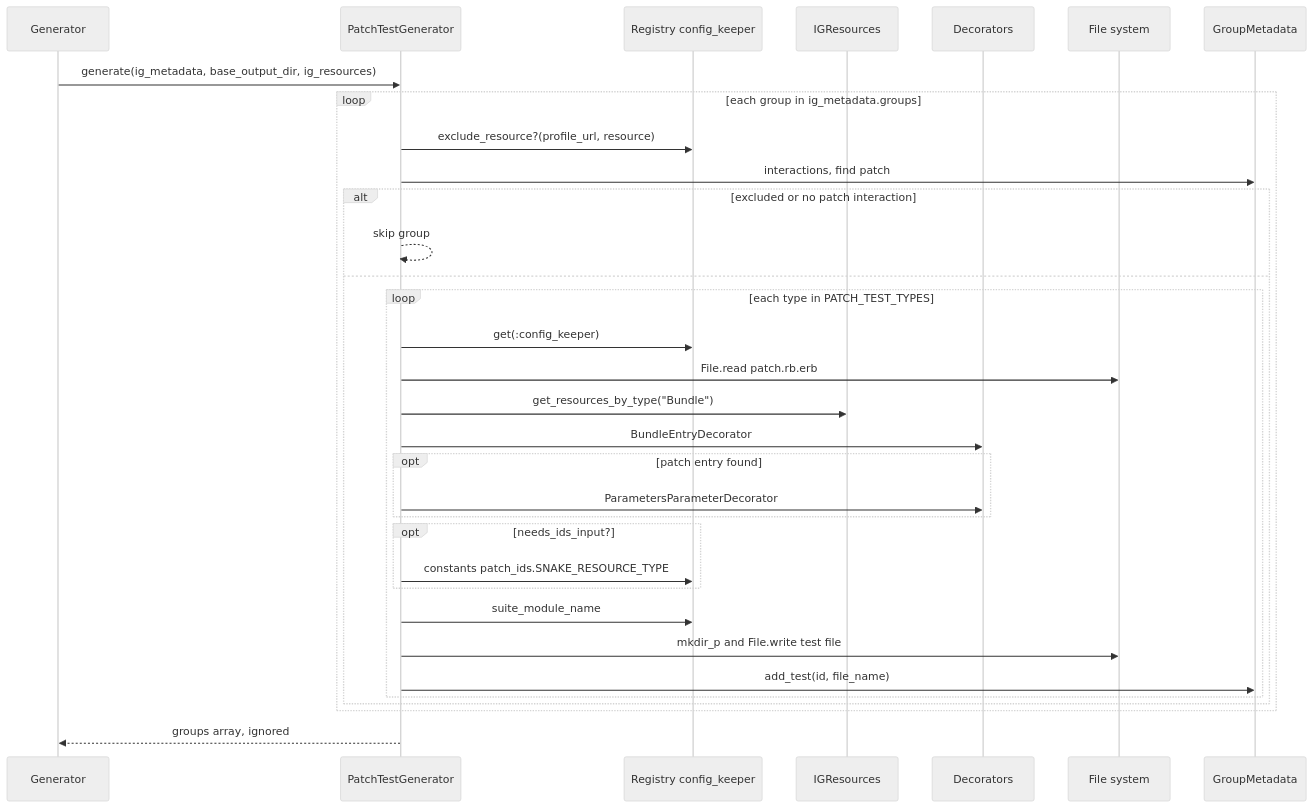
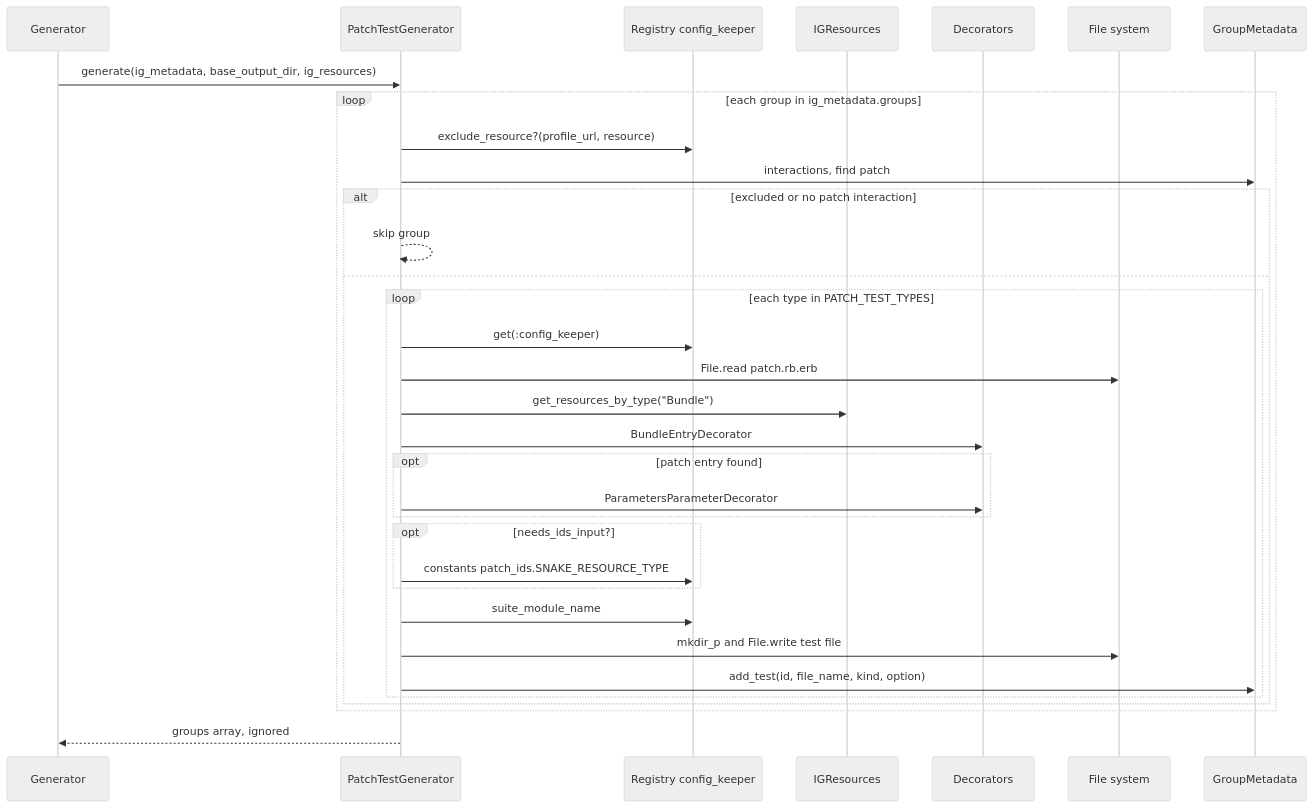
The second of 2 diagrams in documentation/generate_patch_tests.md (hl7au/inferno_suite_generator), drawn with Mermaid (neutral theme) before and after one commit. The commit also changed other lines of this file and 7 other files, not shown here.

````diff
--- a/documentation/generate_patch_tests.md
+++ b/documentation/generate_patch_tests.md
@@ -176,36 +178,36 @@
 ```mermaid
 sequenceDiagram
     participant G as Generator
     participant P as PatchTestGenerator
     participant R as Registry config_keeper
     participant I as IGResources
     participant D as Decorators
     participant FS as File system
     participant M as GroupMetadata
 
     G->>P: generate(ig_metadata, base_output_dir, ig_resources)
     loop each group in ig_metadata.groups
         P->>R: exclude_resource?(profile_url, resource)
         P->>M: interactions, find patch
         alt excluded or no patch interaction
             P-->>P: skip group
         else
             loop each type in PATCH_TEST_TYPES
                 P->>R: get(:config_keeper)
                 P->>FS: File.read patch.rb.erb
                 P->>I: get_resources_by_type("Bundle")
                 P->>D: BundleEntryDecorator#bundle_entry_patch_parameter?
                 opt patch entry found
                     P->>D: ParametersParameterDecorator#patchset_data
                 end
                 opt needs_ids_input?
                     P->>R: constants patch_ids.SNAKE_RESOURCE_TYPE
                 end
                 P->>R: suite_module_name
                 P->>FS: mkdir_p and File.write test file
-                P->>M: add_test(id, file_name)
+                P->>M: add_test(id, file_name, kind, option)
             end
         end
     end
     P-->>G: groups array, ignored
 ```
````
